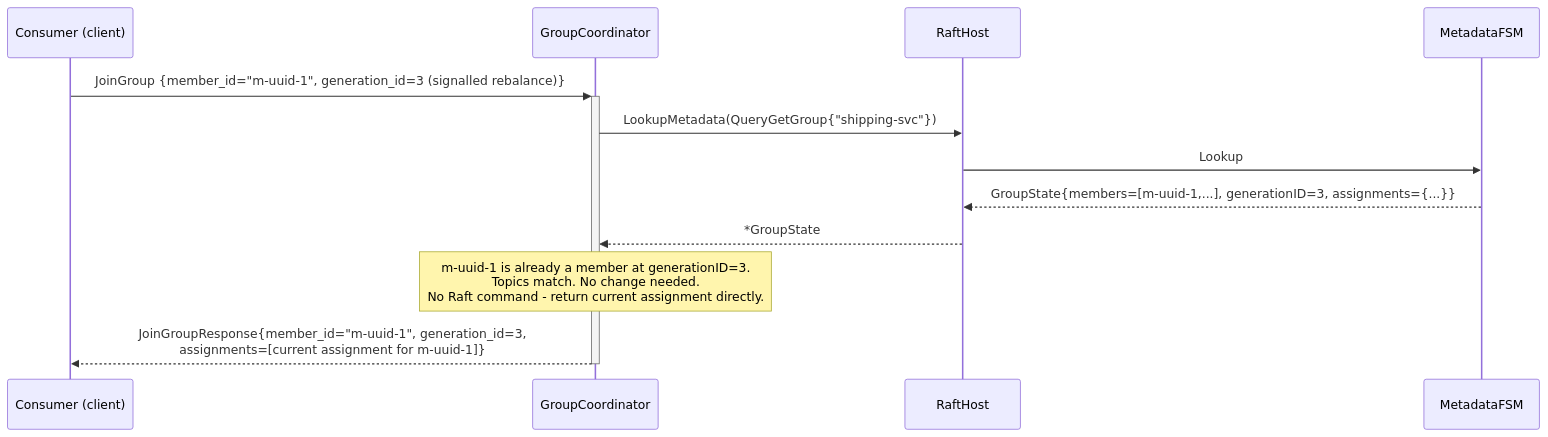
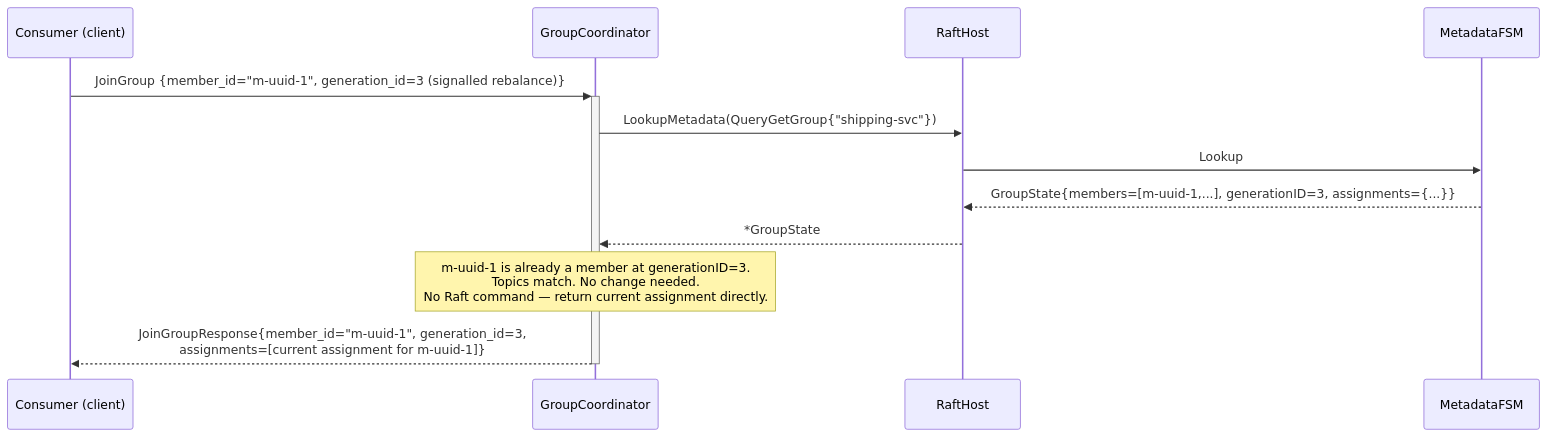
Before and after one commit to bunnymq/bunnymq: the third of 3 diagrams in docs/design/sequence/group-rebalance.md, drawn with Mermaid. The commit also changed other lines of this file and 86 other files, not shown here.

````diff
--- a/docs/design/sequence/group-rebalance.md
+++ b/docs/design/sequence/group-rebalance.md
@@ -110,18 +110,18 @@
 ```mermaid
 sequenceDiagram
     participant C as Consumer (client)
     participant GC as GroupCoordinator
     participant RH as RaftHost
     participant MFSM as MetadataFSM
 
     C->>+GC: JoinGroup {member_id="m-uuid-1", generation_id=3 (signalled rebalance)}
 
     GC->>RH: LookupMetadata(QueryGetGroup{"shipping-svc"})
     RH->>MFSM: Lookup
     MFSM-->>RH: GroupState{members=[m-uuid-1,...], generationID=3, assignments={...}}
     RH-->>GC: *GroupState
 
-    Note over GC: m-uuid-1 is already a member at generationID=3.<br/>Topics match. No change needed.<br/>No Raft command - return current assignment directly.
+    Note over GC: m-uuid-1 is already a member at generationID=3.<br/>Topics match. No change needed.<br/>No Raft command — return current assignment directly.
 
     GC-->>-C: JoinGroupResponse{member_id="m-uuid-1", generation_id=3,<br/>assignments=[current assignment for m-uuid-1]}
 ```
````
